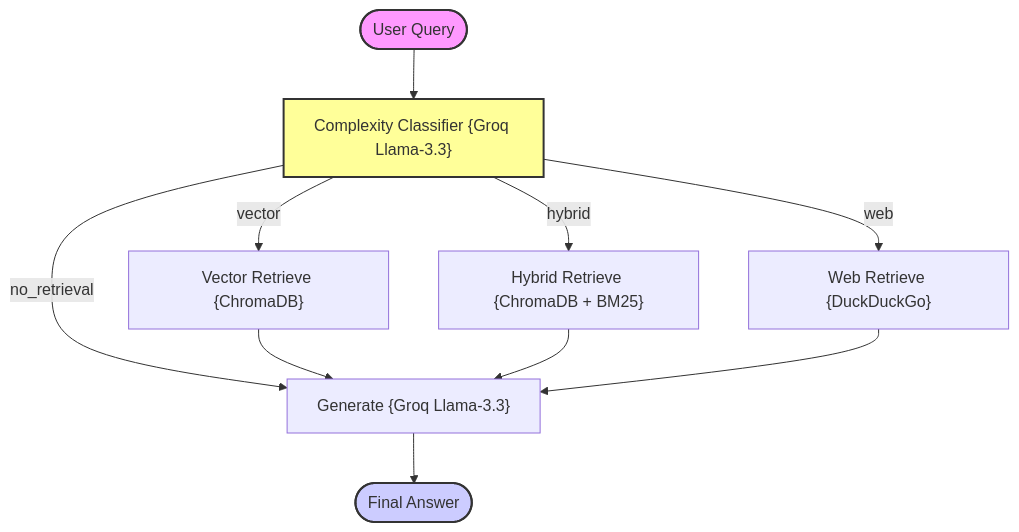
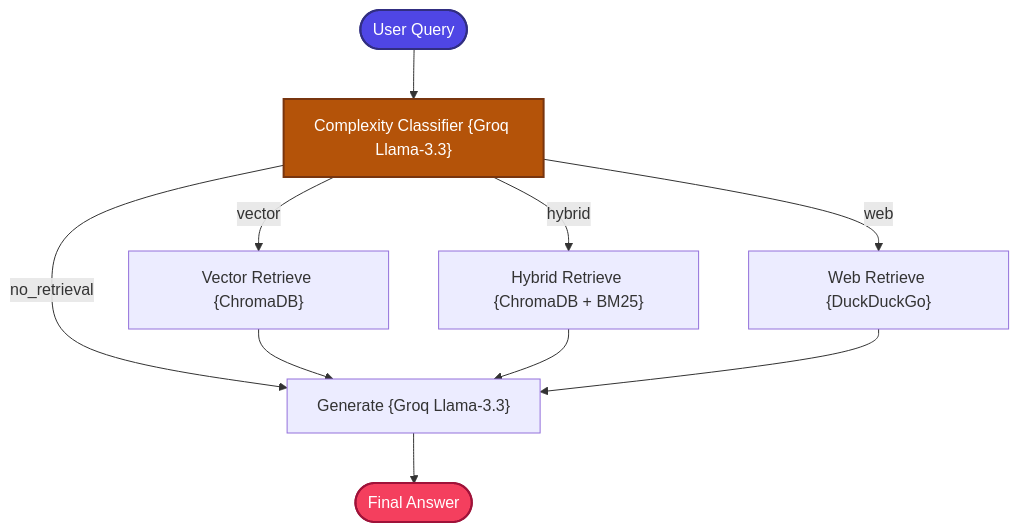
Before and after one commit to mohd-faizy/RAG-Design-Patterns: the diagram in 16_Adaptive_RAG/README.md, drawn with Mermaid. The commit also changed 18 other files, not shown here.

````diff
--- a/16_Adaptive_RAG/README.md
+++ b/16_Adaptive_RAG/README.md
@@ -9,19 +9,19 @@
 ```mermaid
 graph TD
     Query([User Query]) --> Classifier["Complexity Classifier {Groq Llama-3.3}"]
     
     Classifier -- no_retrieval --> Generate["Generate {Groq Llama-3.3}"]
     Classifier -- vector --> VectorRetrieve["Vector Retrieve {ChromaDB}"]
     Classifier -- hybrid --> HybridRetrieve["Hybrid Retrieve {ChromaDB + BM25}"]
     Classifier -- web --> WebRetrieve["Web Retrieve {DuckDuckGo}"]
     
     VectorRetrieve --> Generate
     HybridRetrieve --> Generate
     WebRetrieve --> Generate
     
     Generate --> FinalAnswer([Final Answer])
 
-    style Query fill:#f9f,stroke:#333,stroke-width:2px
-    style FinalAnswer fill:#ccf,stroke:#333,stroke-width:2px
-    style Classifier fill:#ff9,stroke:#333,stroke-width:2px
+    style Query fill:#4F46E5,stroke:#312E81,stroke-width:2px,color:#fff
+    style FinalAnswer fill:#F43F5E,stroke:#9F1239,stroke-width:2px,color:#fff
+    style Classifier fill:#B45309,stroke:#78350F,stroke-width:2px,color:#fff
 ```
````
